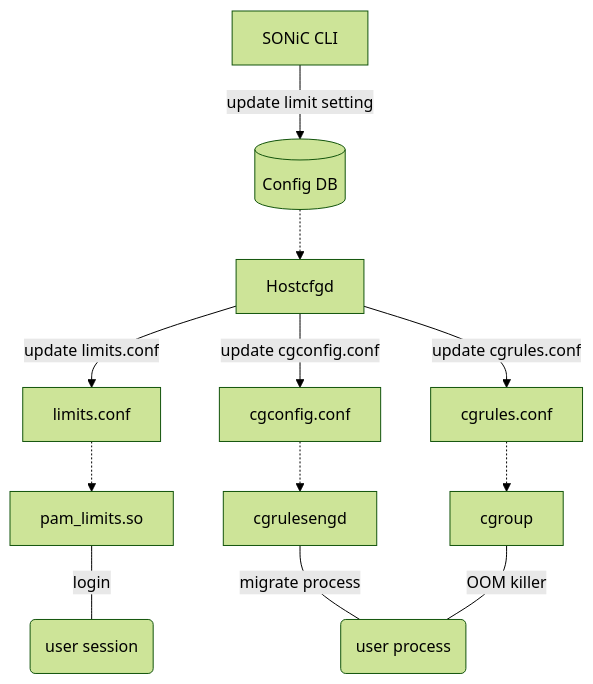
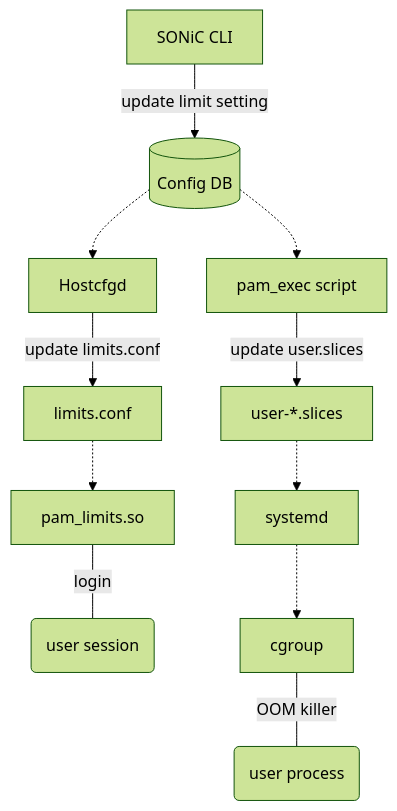
Before and after one commit to liuh-80/SONiC: the first of 3 diagrams in doc/limit/Limit Ligin and Memory design.md, drawn with Mermaid (forest theme). The commit also changed other lines of this file, not shown here.

````diff
--- a/doc/limit/Limit Ligin and Memory design.md
+++ b/doc/limit/Limit Ligin and Memory design.md
@@ -55,25 +74,30 @@
 ```mermaid
 graph TD;
 %% SONiC CLI update config DB
 CLI[SONiC CLI] -- update limit setting --> CONFDB[(Config DB)];
+
 
 %% HostCfgd subscribe config DB change
 CONFDB -.-> HOSTCFGD[Hostcfgd];
 
 %% HostCfgd Update config files
 HOSTCFGD -- update limits.conf --> PAMCFG[limits.conf];
-HOSTCFGD -- update cgconfig.conf --> CGRCFG[cgconfig.conf];
-HOSTCFGD -- update cgrules.conf --> CGCFG[cgrules.conf];
 
 %% pam_limits.so will handle login limit
 PAMCFG -.-> LIMITLIB[pam_limits.so];
 LIMITLIB -- login --- USERSESSION(user session);
 
-%% cgrulesengd daemon will migrate procress to cgroups by uid and gid
-CGRCFG -.-> CGRCFGD[cgrulesengd];
-CGRCFGD -- migrate process --- APP;
+
+%% pam_exec script read config DB
+CONFDB -.-> LoginScript[pam_exec script];
+
+%% pam_exec script generate user silices config
+LoginScript -- update user.slices --> USERSLICES[user-*.slices];
+
+%% systemd will manage user slices
+USERSLICES -.-> SYSTEMD[systemd];
 
 %% cgroup check memory limit and trigger OOM killer
-CGCFG -.-> CGROUP[cgroup];
+SYSTEMD -.-> CGROUP[cgroup];
 CGROUP -- OOM killer --- APP(user process);
 ```
````
